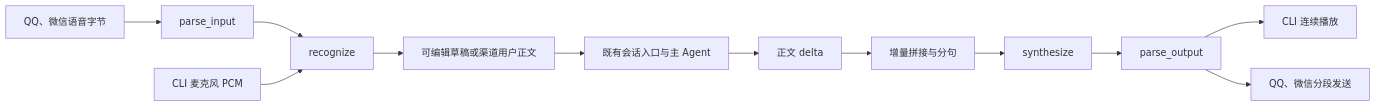
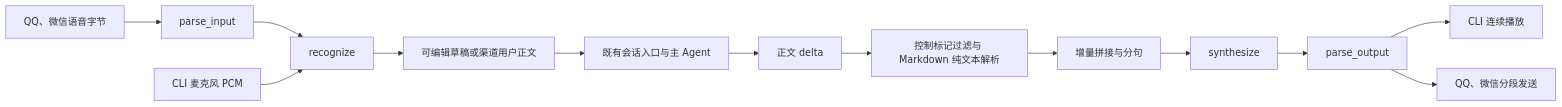
The second of 2 diagrams in docs/design.md (Tian-ye1214/RedLotus), drawn with Mermaid before and after one commit. The commit also changed other lines of this file and 24 other files, not shown here.

````diff
--- a/docs/design.md
+++ b/docs/design.md
@@ -268,14 +276,15 @@
 ```mermaid
 flowchart LR
     I[QQ、微信语音字节] --> P[parse_input]
     P --> A[recognize]
     R[CLI 麦克风 PCM] --> A
     A --> U[可编辑草稿或渠道用户正文]
     U --> C[既有会话入口与主 Agent]
     C --> D[正文 delta]
-    D --> T[增量拼接与分句]
+    D --> F[控制标记过滤与 Markdown 纯文本解析]
+    F --> T[增量拼接与分句]
     T --> S[synthesize]
     S --> O[parse_output]
     O --> L[CLI 连续播放]
     O --> M[QQ、微信分段发送]
 ```
````
